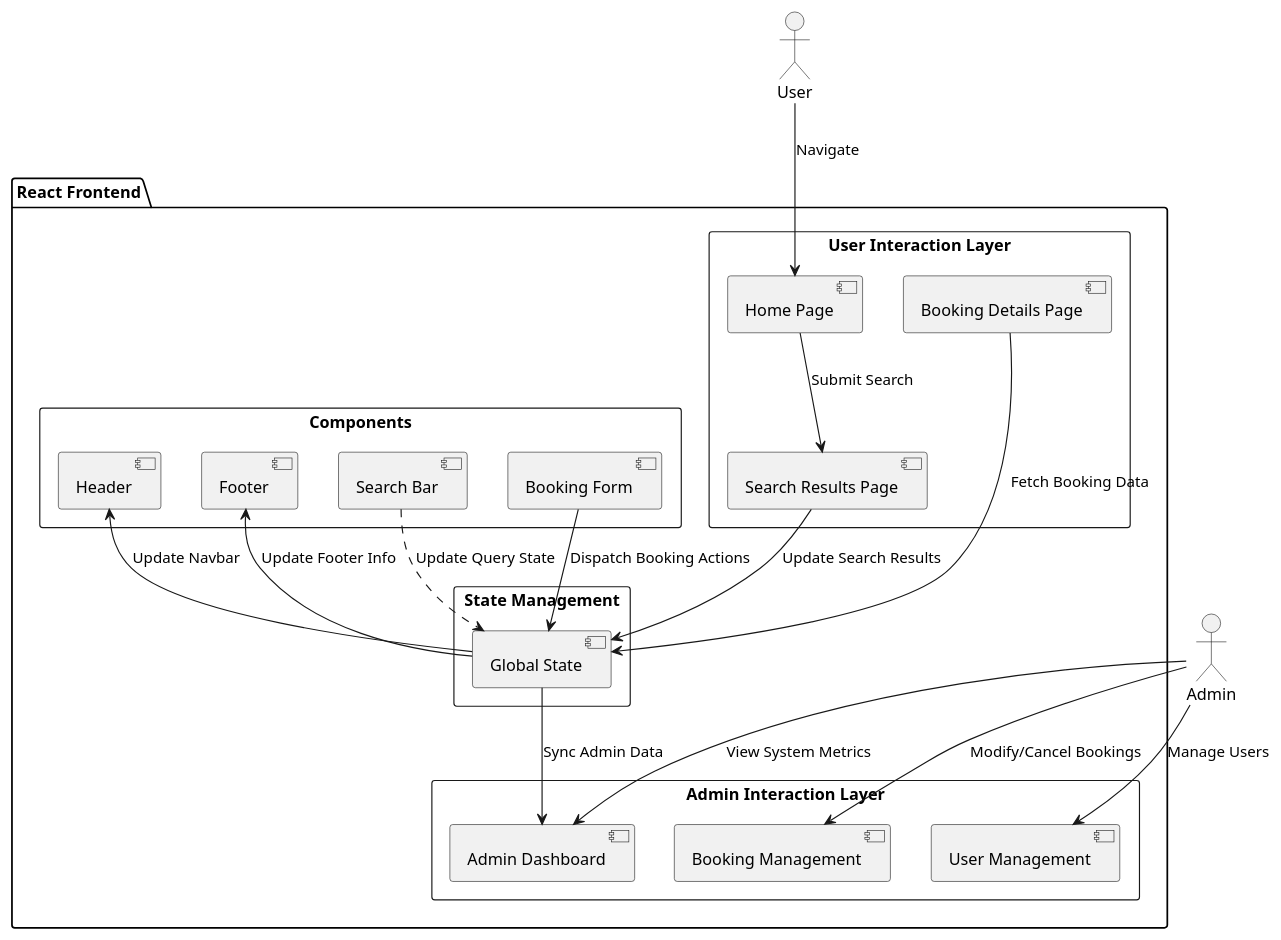
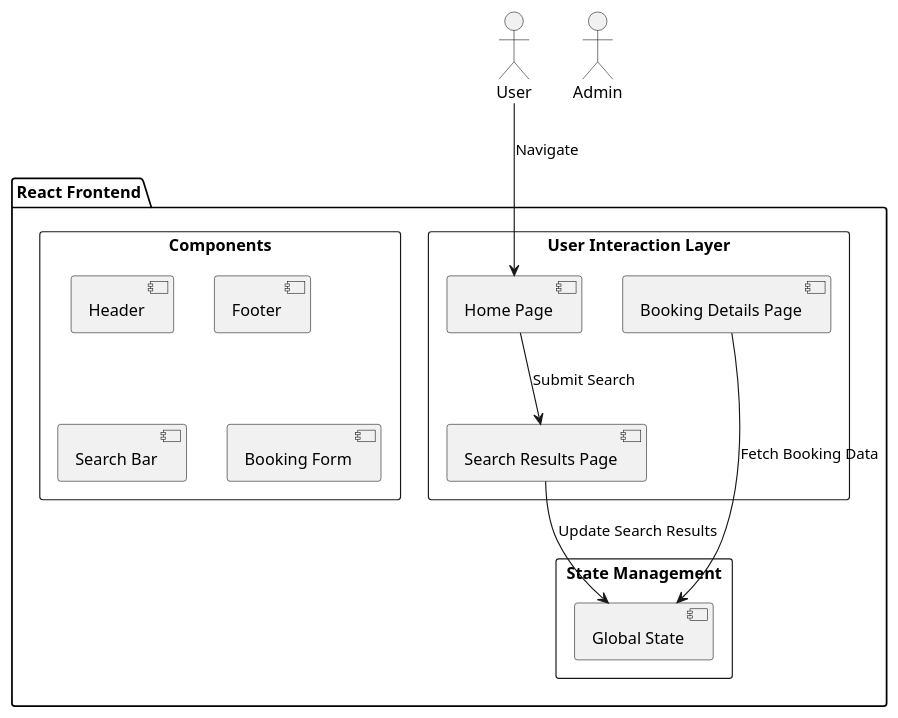
The second of 5 diagrams in Assignment 2/Design.md (IIITLucknowSWEngg/CSAICSBTeam014), drawn with PlantUML before and after one commit. The commit also changed other lines of this file, not shown here.

````diff
--- a/Assignment 2/Design.md
+++ b/Assignment 2/Design.md
@@ -117,45 +120,32 @@
 ```plantuml
 @startuml
 actor User as U
 actor Admin as A
 
 package "React Frontend" {
     rectangle "User Interaction Layer" {
-        [Home Page] 
+        [Home Page]
         [Search Results Page]
         [Booking Details Page]
     }
+    
     rectangle "State Management" {
-        [Global State] 
+        [Global State]
     }
+    
     rectangle "Components" {
         [Header]
         [Footer]
         [Search Bar]
         [Booking Form]
-    }
-    rectangle "Admin Interaction Layer" {
-        [Admin Dashboard]
-        [Booking Management]
-        [User Management]
     }
 }
 
 U --> [Home Page]: Navigate
 [Home Page] --> [Search Results Page]: Submit Search
 [Search Results Page] --> [Global State]: Update Search Results
 [Booking Details Page] --> [Global State]: Fetch Booking Data
-[Global State] --> [Header]: Update Navbar
-[Global State] --> [Footer]: Update Footer Info
-[Search Bar] ..> [Global State]: Update Query State
-[Booking Form] --> [Global State]: Dispatch Booking Actions
-
-A --> [Admin Dashboard]: View System Metrics
-A --> [Booking Management]: Modify/Cancel Bookings
-A --> [User Management]: Manage Users
-
-[Global State] --> [Admin Dashboard]: Sync Admin Data
 
 @enduml
 
 ```
````
